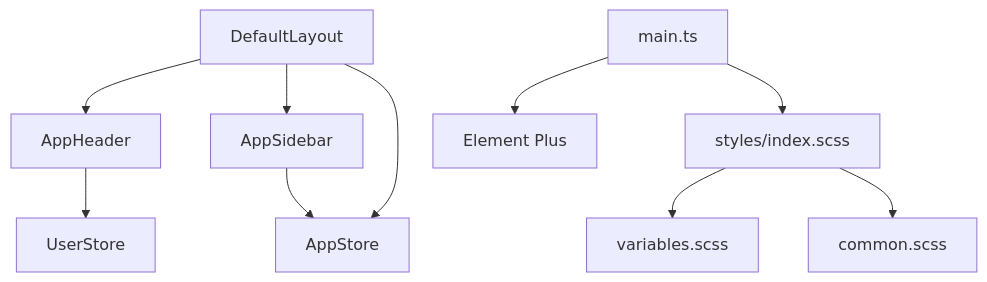
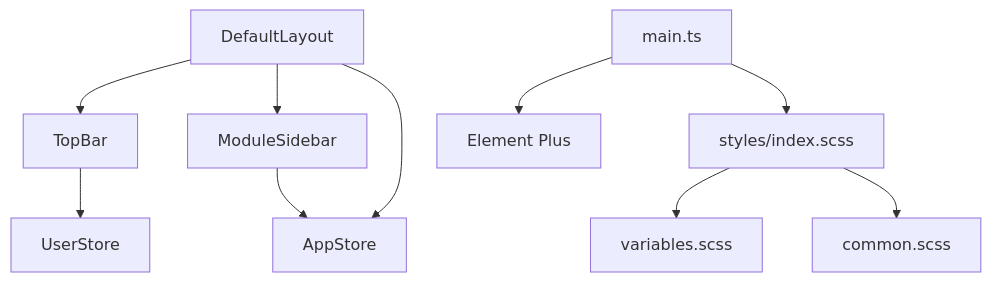
Before and after one commit to War-Blood/WX_APP_OA: the seventh of 7 diagrams in .AI/Wiki/Web 管理后台/UI 组件库.md, drawn with Mermaid. The commit also changed other lines of this file and 107 other files, not shown here.

````diff
--- a/.AI/Wiki/Web 管理后台/UI 组件库.md
+++ b/.AI/Wiki/Web 管理后台/UI 组件库.md
@@ -331,12 +331,12 @@
 ```mermaid
 graph TB
-AH["AppHeader"] --> US["UserStore"]
-AS["AppSidebar"] --> ASI["AppStore"]
+AH["TopBar"] --> US["UserStore"]
+AS["ModuleSidebar"] --> ASI["AppStore"]
 DL["DefaultLayout"] --> AH
 DL --> AS
 DL --> ASI
 M["main.ts"] --> EP["Element Plus"]
 M --> IDX["styles/index.scss"]
 IDX --> VAR["variables.scss"]
 IDX --> COM["common.scss"]
 ```
````
